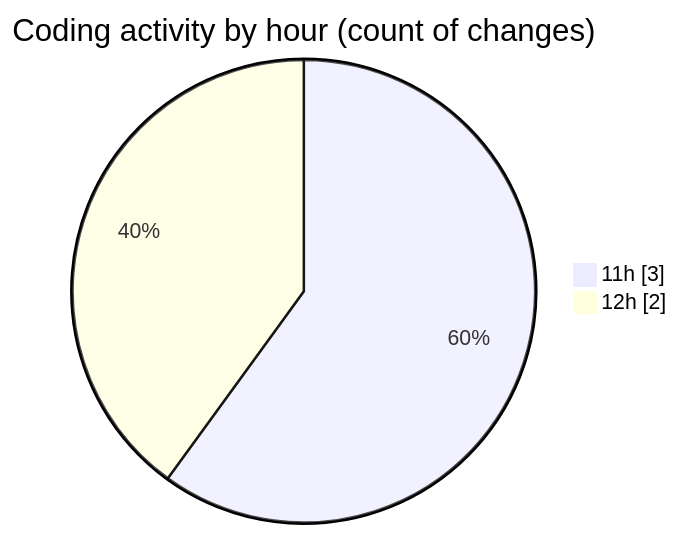
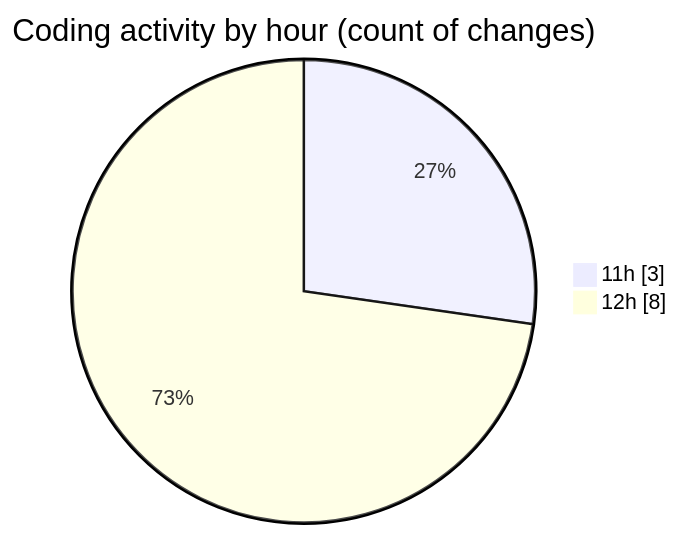
One commit to nxtqubesakshisongat/code-tracking changed the second of 2 diagrams in 2026-03-25/nxtqube_webapp/README.md. Above: the diagram before and after it, drawn with Mermaid. The commit also changed other lines of this file and 1 other file, not shown here.

````diff
--- a/2026-03-25/nxtqube_webapp/README.md
+++ b/2026-03-25/nxtqube_webapp/README.md
@@ -29,6 +29,6 @@
 ```mermaid
 pie showData
 title Coding activity by hour (count of changes)
 "11h" : 3
-"12h" : 2
+"12h" : 8
 ```
````
